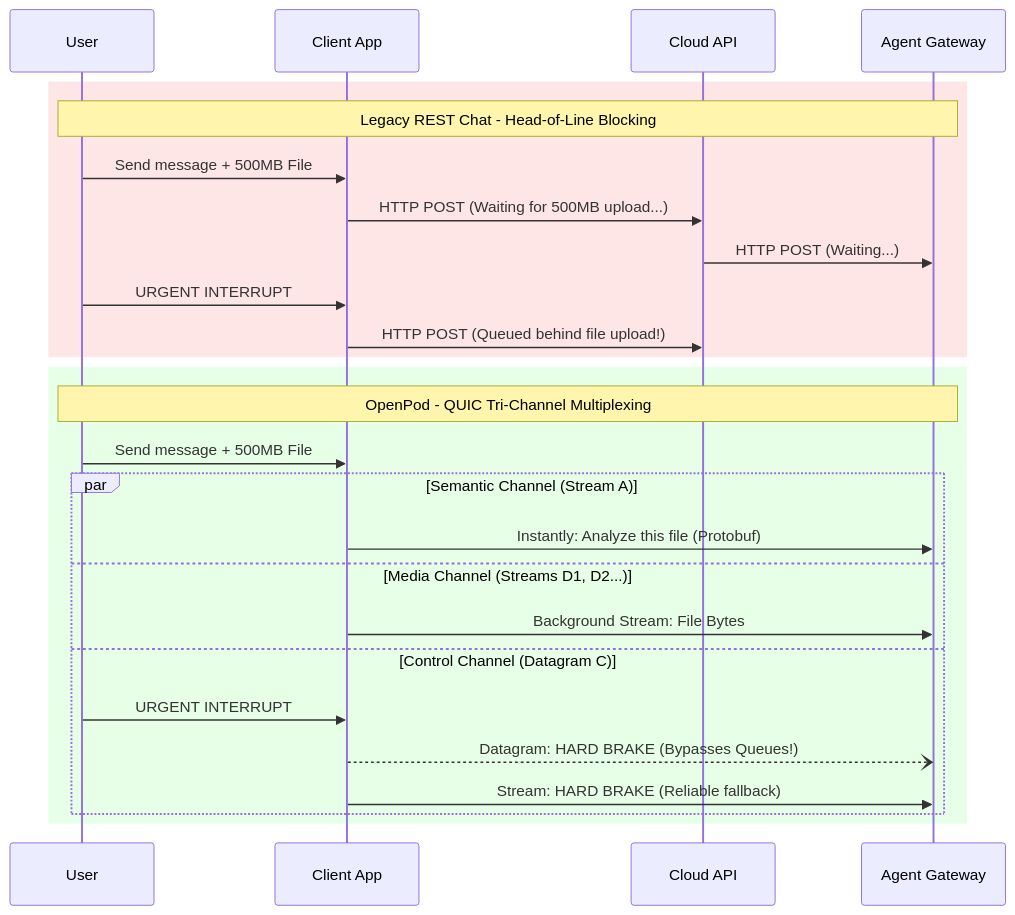
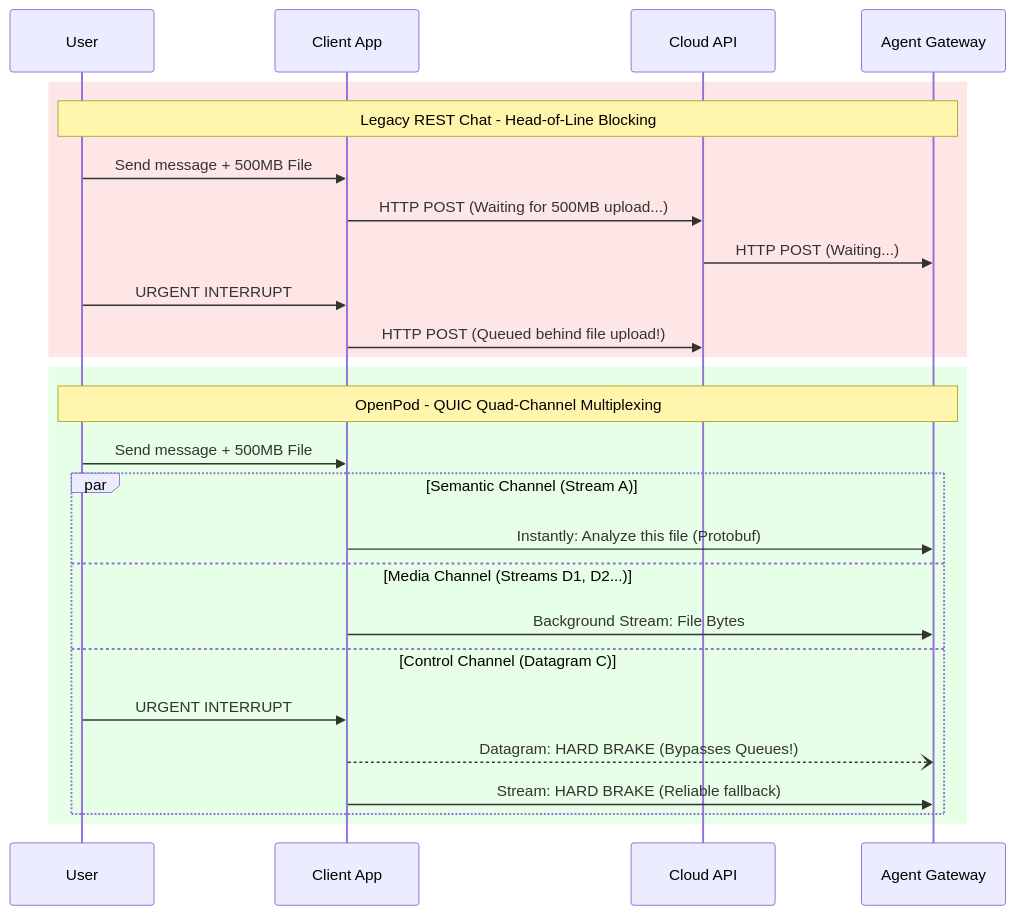
Before and after one commit to styin/openpod: the third of 4 diagrams in README.md, drawn with Mermaid. The commit also changed other lines of this file and 16 other files, not shown here.

````diff
--- a/README.md
+++ b/README.md
@@ -83,30 +83,30 @@
 ```mermaid
 sequenceDiagram
     participant User
     participant App as Client App
     participant Cloud as Cloud API
     participant Agent as Agent Gateway
 
     rect rgb(255, 230, 230)
     Note over User, Agent: Legacy REST Chat - Head-of-Line Blocking
     User->>App: Send message + 500MB File
     App->>Cloud: HTTP POST (Waiting for 500MB upload...)
     Cloud->>Agent: HTTP POST (Waiting...)
     User->>App: URGENT INTERRUPT
     App->>Cloud: HTTP POST (Queued behind file upload!)
     end
 
     rect rgb(230, 255, 230)
-    Note over User, Agent: OpenPod - QUIC Tri-Channel Multiplexing
+    Note over User, Agent: OpenPod - QUIC Quad-Channel Multiplexing
     User->>App: Send message + 500MB File
     par Semantic Channel (Stream A)
         App->>Agent: Instantly: Analyze this file (Protobuf)
     and Media Channel (Streams D1, D2...)
         App->>Agent: Background Stream: File Bytes
     and Control Channel (Datagram C)
         User->>App: URGENT INTERRUPT
         App--)Agent: Datagram: HARD BRAKE (Bypasses Queues!)
         App->>Agent: Stream: HARD BRAKE (Reliable fallback)
     end
     end
 ```
````
